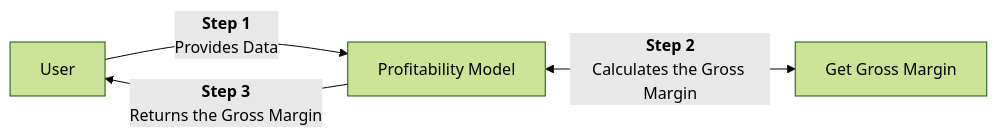
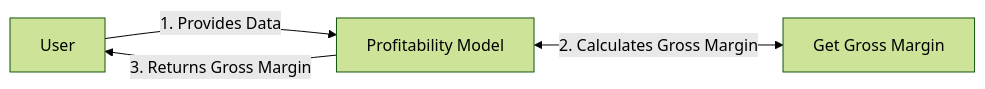
One commit to JerBouma/jerbouma.github.io changed the fourth of 9 diagrams in _pages/coding/structuring-your-model.md. Above: the diagram before and after it, drawn with Mermaid (forest theme). The commit also changed other lines of this file and 83 other files, not shown here.

```diff
--- a/_pages/coding/structuring-your-model.md
+++ b/_pages/coding/structuring-your-model.md
@@ -61,7 +61,7 @@
 <div class="mermaid">
 flowchart LR;
 
-Step0["User"] -- <b>Step 1<br></b>Provides Data -->  Step2["Profitability Model"]
-Step2["Profitability Model"] <-- <b>Step 2<br></b>Calculates the Gross Margin -->  Step3["Get Gross Margin"]
-Step2["Profitability Model"]  --<b>Step 3<br></b> Returns the Gross Margin --> Step0["User"]
+Step0["User"] -- "1. Provides Data" -->  Step2["Profitability Model"]
+Step2["Profitability Model"] <-- "2. Calculates Gross Margin" -->  Step3["Get Gross Margin"]
+Step2["Profitability Model"]  -- "3. Returns Gross Margin" --> Step0["User"]
 </div>
```
